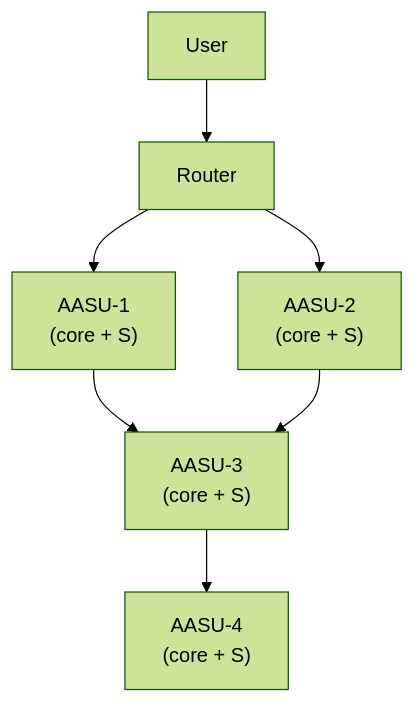
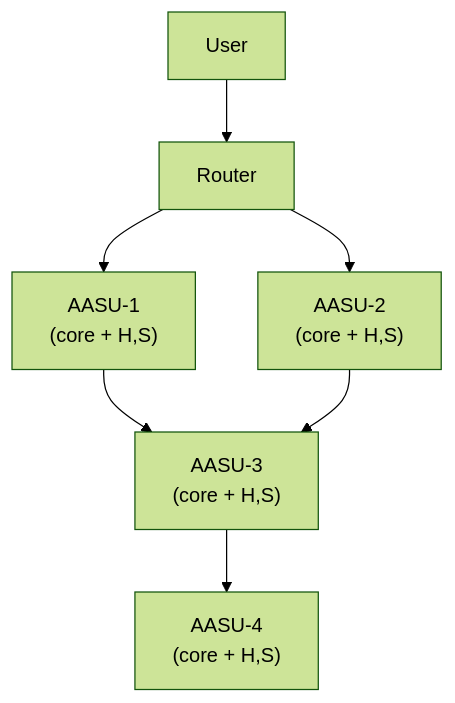
One commit to SAISec/AASU changed the third of 3 diagrams in docs/whitepapers/AASU_White_Paper_Extended_v2_2_Enriched.md. Above: the diagram before and after it, drawn with Mermaid (forest theme). The commit also changed other lines of this file and 16 other files, not shown here.

````diff
--- a/docs/whitepapers/AASU_White_Paper_Extended_v2_2_Enriched.md
+++ b/docs/whitepapers/AASU_White_Paper_Extended_v2_2_Enriched.md
@@ -100,9 +101,9 @@
 ``` mermaid
 flowchart TD
     User --> Router
-    Router --> A1["AASU-1<br/>(core + S)"]
-    Router --> A2["AASU-2<br/>(core + S)"]
-    A1 --> B1["AASU-3<br/>(core + S)"]
+    Router --> A1["AASU-1<br/>(core + H,S)"]
+    Router --> A2["AASU-2<br/>(core + H,S)"]
+    A1 --> B1["AASU-3<br/>(core + H,S)"]
     A2 --> B1
-    B1 --> C1["AASU-4<br/>(core + S)"]
+    B1 --> C1["AASU-4<br/>(core + H,S)"]
 ```
````
